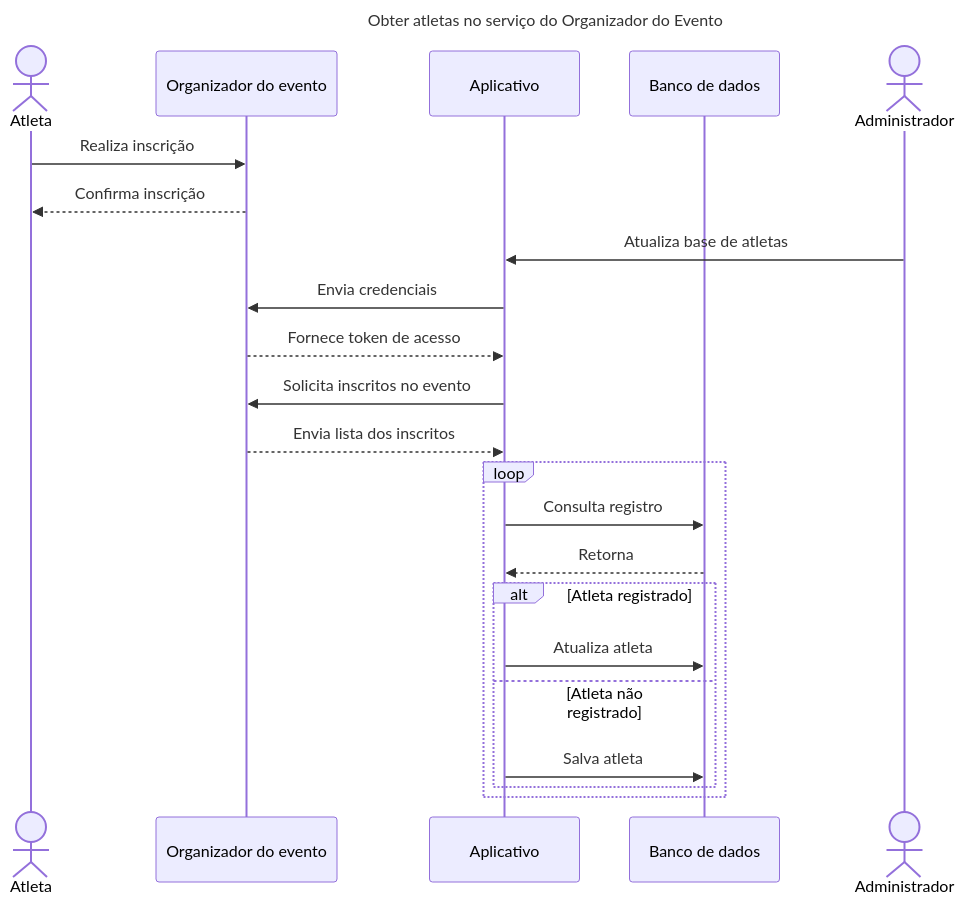
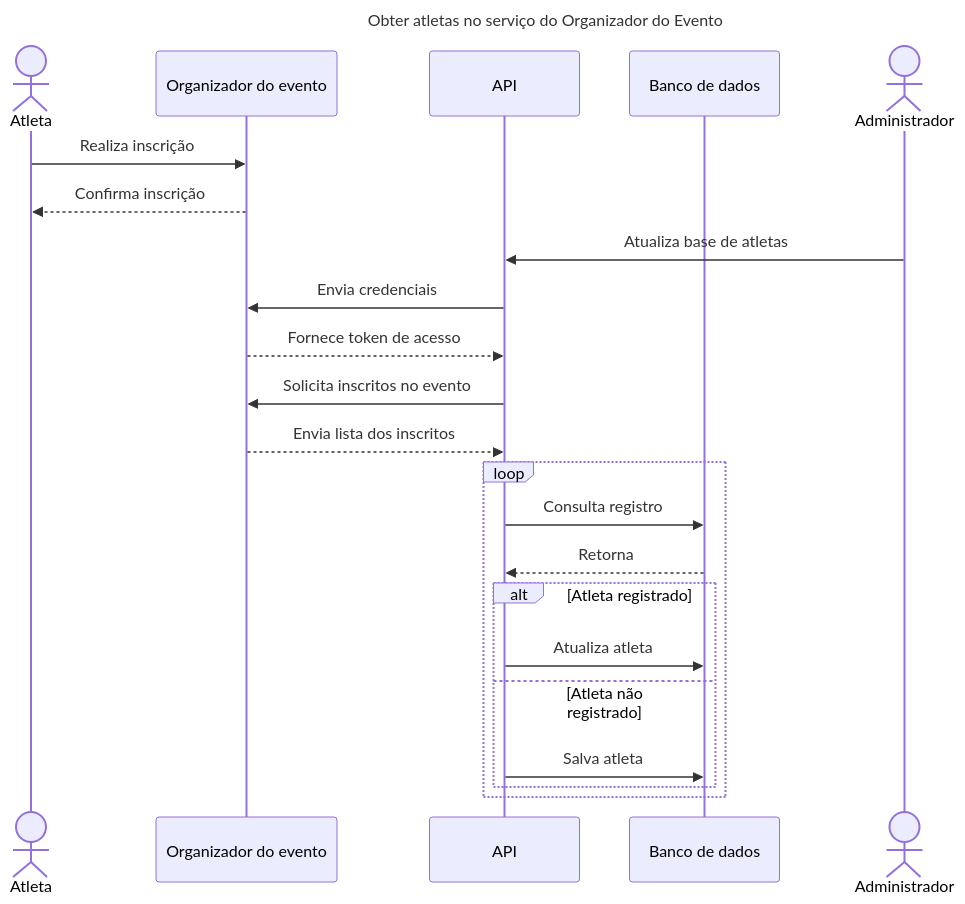
The diagram in designer/diagrams/features/get_athletes.md (brgilsonsp/corrida_familia_piba), drawn with Mermaid before and after one commit. The commit also changed 3 other files, not shown here.

Commit message:
Change identifier Aplicativo to API in docs

````diff
--- a/designer/diagrams/features/get_athletes.md
+++ b/designer/diagrams/features/get_athletes.md
@@ -1,35 +1,35 @@
 ```mermaid
 sequenceDiagram
     title Obter atletas no serviço do Organizador do Evento
     
     actor Atleta as Atleta
     participant Servico_Parceiro as Organizador do evento
-    participant Aplicativo as Aplicativo
+    participant API as API
     participant DB as Banco de dados
     actor Admin as Administrador
 
 %% Inscrição
     Atleta->>Servico_Parceiro: Realiza inscrição
     Servico_Parceiro-->>Atleta: Confirma inscrição
 
 %% Obtém dados
-    Admin->>Aplicativo: Atualiza base de atletas
-    Aplicativo->>Servico_Parceiro: Envia credenciais
-    Servico_Parceiro-->>Aplicativo: Fornece token de acesso
-    Aplicativo->>Servico_Parceiro: Solicita inscritos no evento
-    Servico_Parceiro-->>Aplicativo: Envia lista dos inscritos
+    Admin->>API: Atualiza base de atletas
+    API->>Servico_Parceiro: Envia credenciais
+    Servico_Parceiro-->>API: Fornece token de acesso
+    API->>Servico_Parceiro: Solicita inscritos no evento
+    Servico_Parceiro-->>API: Envia lista dos inscritos
 
 %% Atualiza registros
     loop
-        Aplicativo->>DB: Consulta registro
-        DB-->>Aplicativo: Retorna
+        API->>DB: Consulta registro
+        DB-->>API: Retorna
         alt Atleta registrado
-            Aplicativo->>DB: Atualiza atleta
+            API->>DB: Atualiza atleta
         else Atleta não registrado
-            Aplicativo->>DB: Salva atleta
+            API->>DB: Salva atleta
         end
     end
 
 
 
 ```
````
